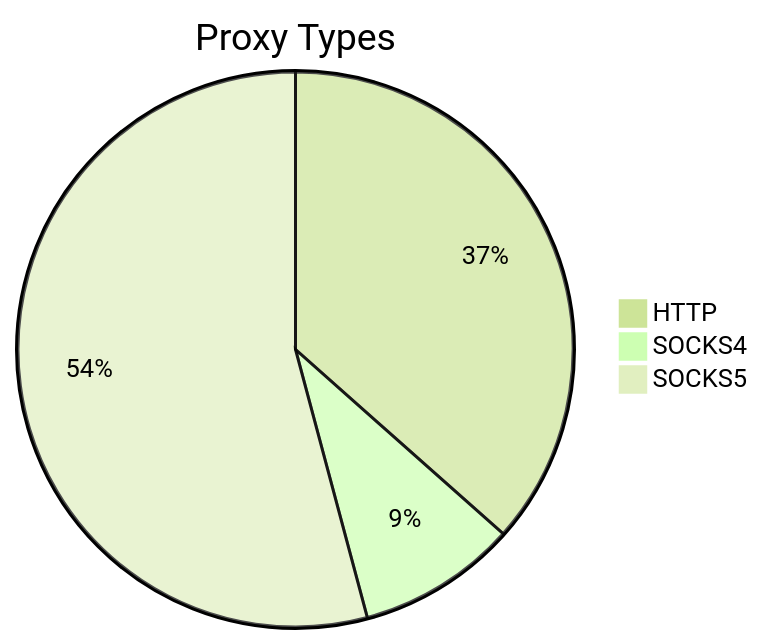
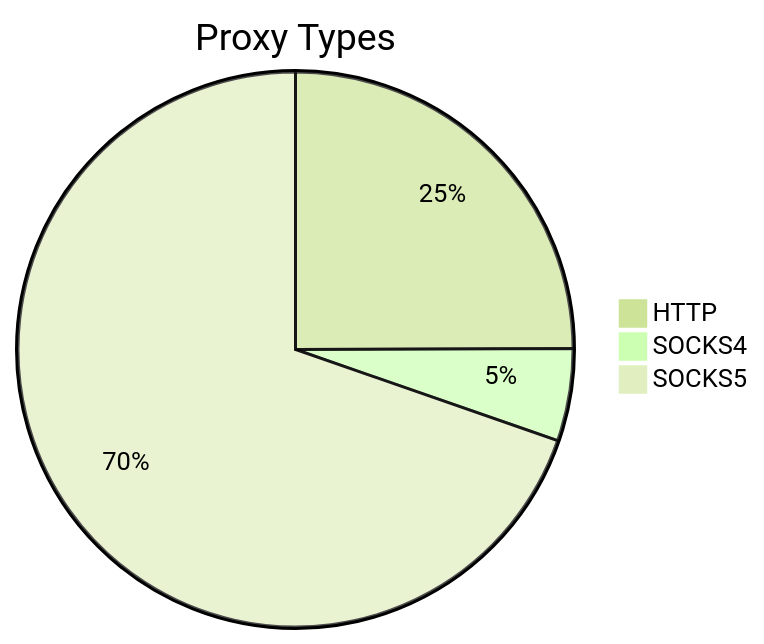
Before and after one commit to stormsia/proxy-list: the first of 2 diagrams in README.md, drawn with Mermaid (forest theme). The commit also changed other lines of this file, not shown here.

````diff
--- a/README.md
+++ b/README.md
@@ -21,6 +21,6 @@
 ```mermaid
 pie title Proxy Types
-    "HTTP" : 193
-    "SOCKS4" : 49
-    "SOCKS5" : 286
+    "HTTP" : 116
+    "SOCKS4" : 25
+    "SOCKS5" : 324
 ```
````
